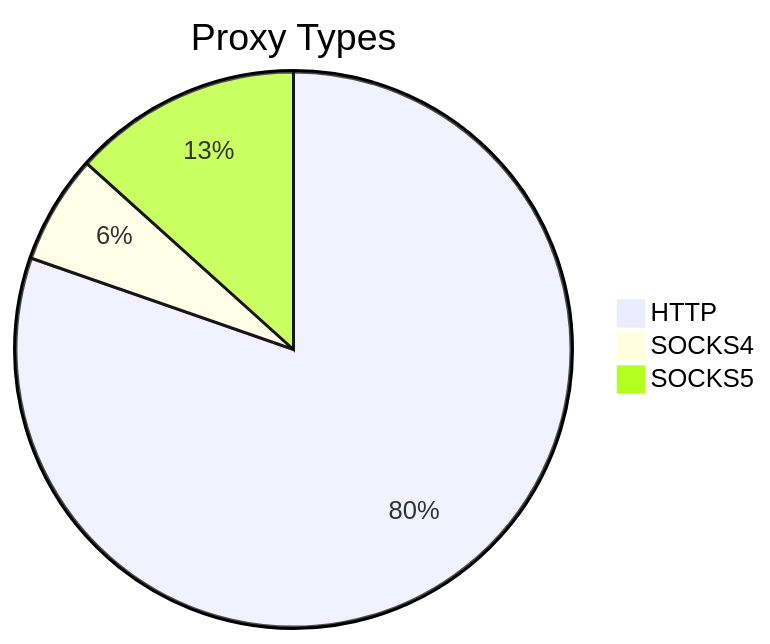
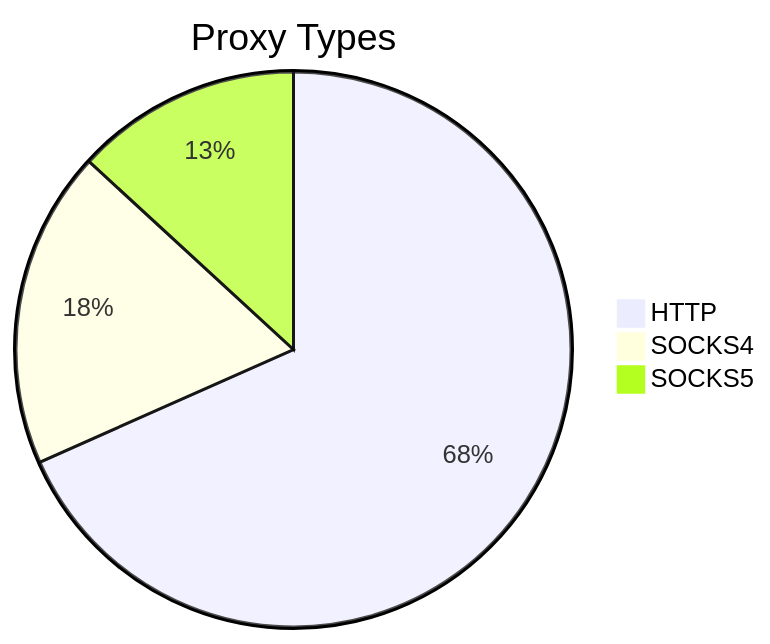
Before and after one commit to stormsia/proxy-list: the first of 2 diagrams in README.md, drawn with Mermaid. The commit also changed other lines of this file, not shown here.

````diff
--- a/README.md
+++ b/README.md
@@ -21,6 +21,6 @@
 ```mermaid
 pie title Proxy Types
-    "HTTP" : 241
-    "SOCKS4" : 19
-    "SOCKS5" : 40
+    "HTTP" : 488
+    "SOCKS4" : 132
+    "SOCKS5" : 94
 ```
````
